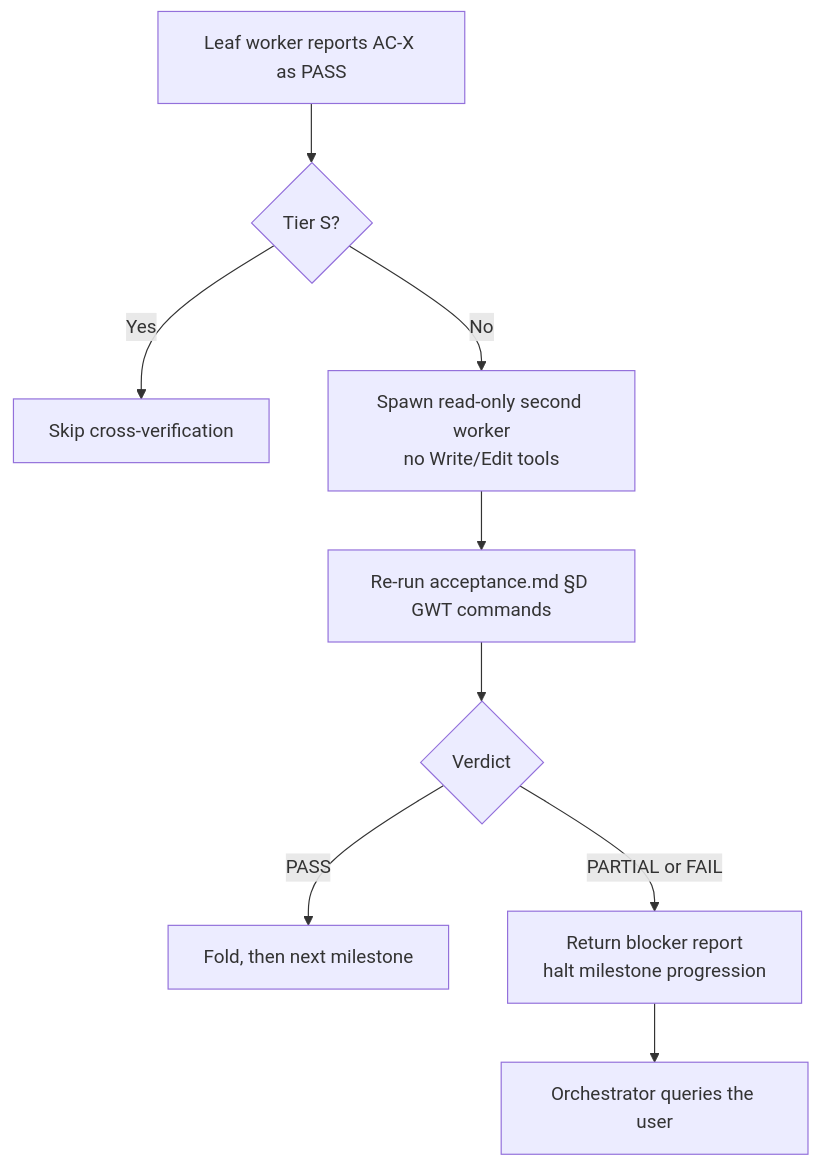
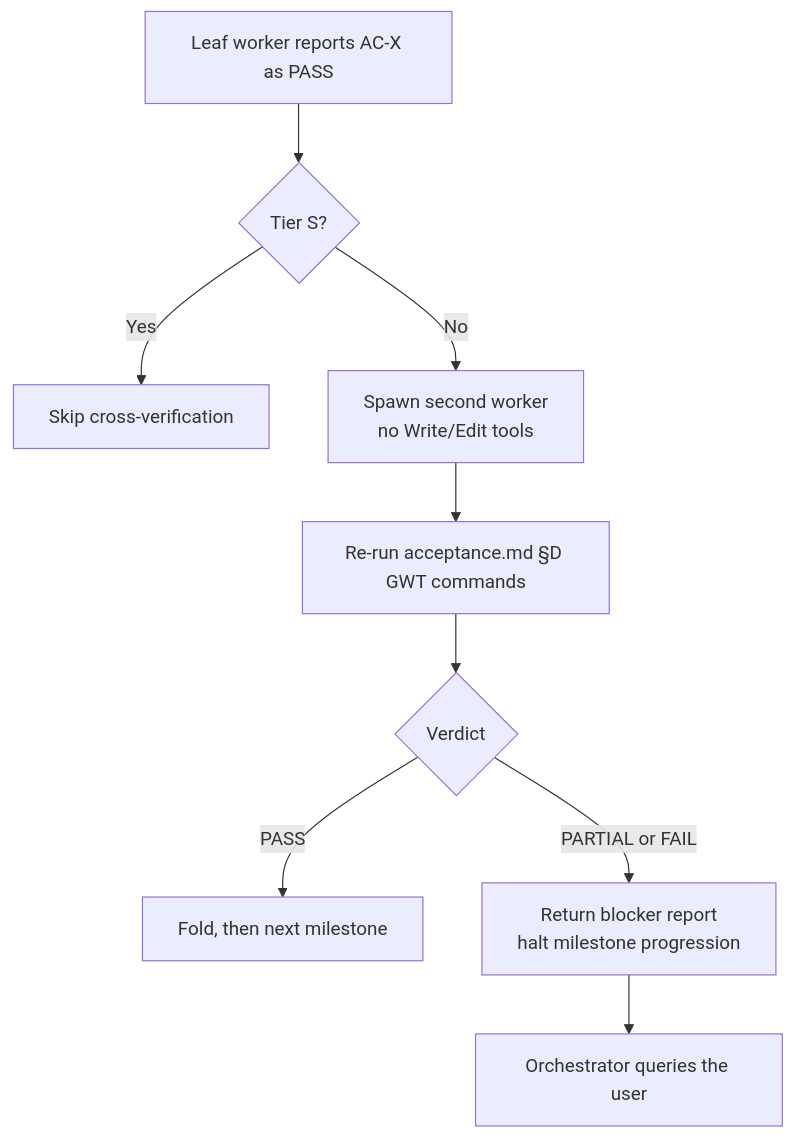
The fifth of 5 diagrams in docs-site/content/en/advanced/agent-guide.md (modu-ai/moai-adk), drawn with Mermaid before and after one commit. The commit also changed other lines of this file and 3 other files, not shown here.

````diff
--- a/docs-site/content/en/advanced/agent-guide.md
+++ b/docs-site/content/en/advanced/agent-guide.md
@@ -212,11 +212,11 @@
 ```mermaid
 flowchart TD
     AUTHOR["Leaf worker reports AC-X as PASS"] --> TIER{"Tier S?"}
     TIER -->|"Yes"| SKIP["Skip cross-verification"]
-    TIER -->|"No"| PEER["Spawn read-only second worker<br>no Write/Edit tools"]
+    TIER -->|"No"| PEER["Spawn second worker<br>no Write/Edit tools"]
     PEER --> RERUN["Re-run acceptance.md §D GWT commands"]
     RERUN --> VERDICT{"Verdict"}
     VERDICT -->|"PASS"| NEXT["Fold, then next milestone"]
     VERDICT -->|"PARTIAL or FAIL"| BLOCK["Return blocker report<br>halt milestone progression"]
     BLOCK --> ORCH["Orchestrator queries the user"]
 ```
````
